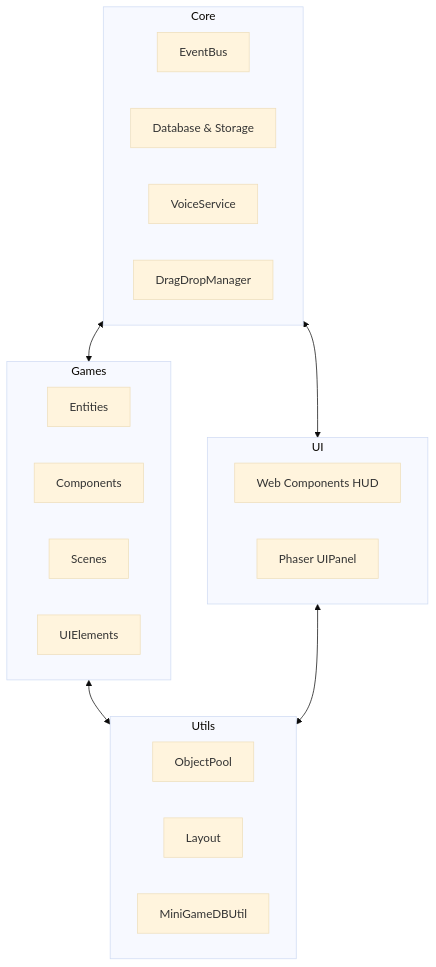
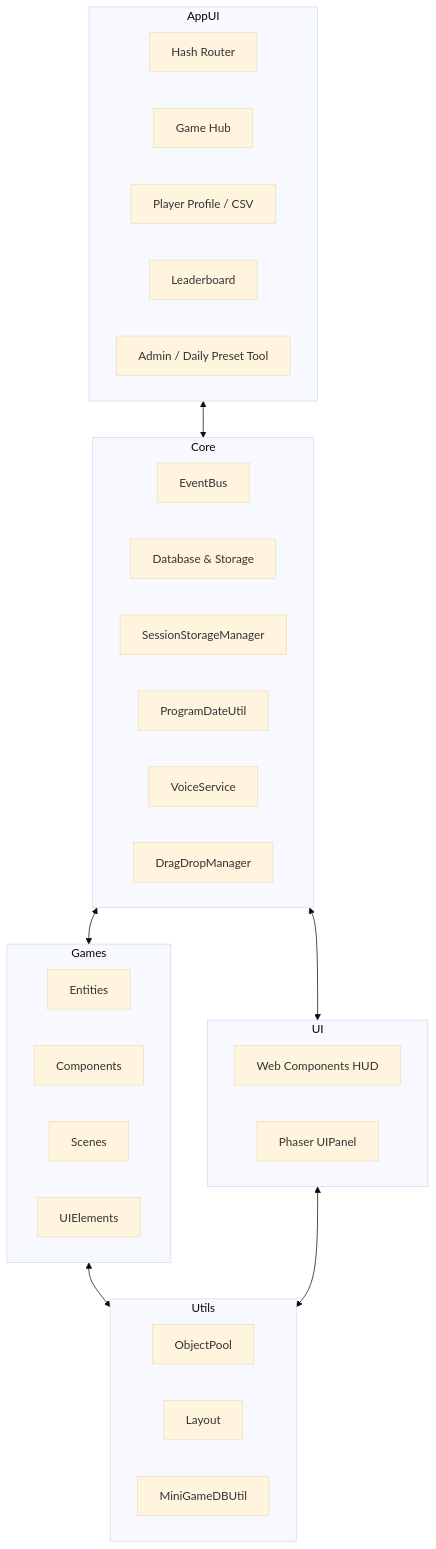
The diagram in docs/software/01-system-design.md (ChayutChanmueang/mci-cognitive-game-hub-dev-deploy), drawn with Mermaid (base theme) before and after one commit. The commit also changed other lines of this file and 9 other files, not shown here.

Commit message:
docs: sync project documentation with current game hub implementation

````diff
--- a/docs/software/01-system-design.md
+++ b/docs/software/01-system-design.md
@@ -5,32 +5,43 @@
 ```mermaid
 graph TD
     subgraph Core
         EventBus
         DB[Database & Storage]
+        Session[SessionStorageManager]
+        ProgramDate[ProgramDateUtil]
         Voice[VoiceService]
         DDM[DragDropManager]
+    end
+
+    subgraph AppUI
+        Routes[Hash Router]
+        Hub[Game Hub]
+        Profile[Player Profile / CSV]
+        Leaderboard
+        Admin[Admin / Daily Preset Tool]
     end
 
     subgraph Games
         Entities
         Components
         Scenes
         UIElements
     end
 
     subgraph UI
         WebHUD[Web Components HUD]
         PhaserUI[Phaser UIPanel]
     end
 
     subgraph Utils
         ObjectPool
         Layout
         DBUtil[MiniGameDBUtil]
     end
 
+    AppUI <--> Core
     Core <--> Games
     Core <--> UI
     Games <--> Utils
     UI <--> Utils
 ```
````
